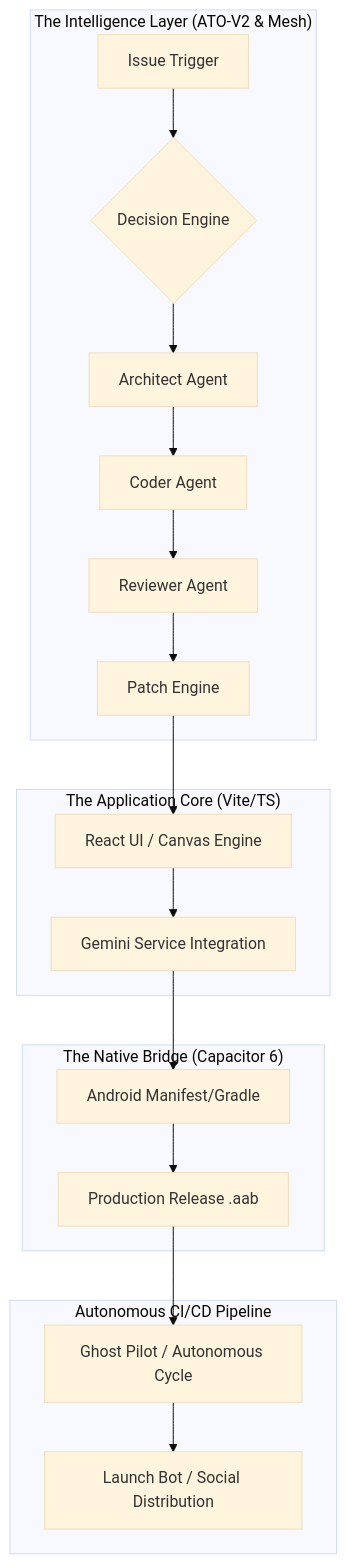
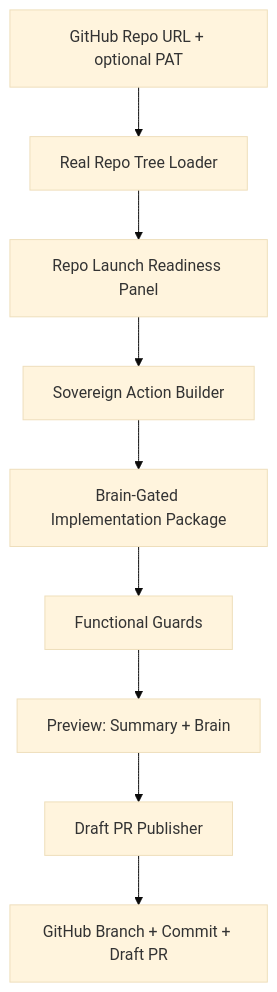
Before and after one commit to OuroborosCollective/Sovereign-Studio-ato: the diagram in README.md, drawn with Mermaid (base theme). The commit also changed other lines of this file, not shown here.

Commit message:
docs: link sovereign reader and current guard flow

````diff
--- a/README.md
+++ b/README.md
@@ -16,25 +24,11 @@
 ```mermaid
 graph TD
-    subgraph "The Intelligence Layer (ATO-V2 & Mesh)"
-        A[Issue Trigger] --> B{Decision Engine}
-        B --> C[Architect Agent]
-        C --> D[Coder Agent]
-        D --> E[Reviewer Agent]
-        E --> F[Patch Engine]
-    end
-
-    subgraph "The Application Core (Vite/TS)"
-        F --> G[React UI / Canvas Engine]
-        G --> H[Gemini Service Integration]
-    end
-
-    subgraph "The Native Bridge (Capacitor 6)"
-        H --> I[Android Manifest/Gradle]
-        I --> J[Production Release .aab]
-    end
-
-    subgraph "Autonomous CI/CD Pipeline"
-        J --> K[Ghost Pilot / Autonomous Cycle]
-        K --> L[Launch Bot / Social Distribution]
-    end
+    A[GitHub Repo URL + optional PAT] --> B[Real Repo Tree Loader]
+    B --> C[Repo Launch Readiness Panel]
+    C --> D[Sovereign Action Builder]
+    D --> E[Brain-Gated Implementation Package]
+    E --> F[Functional Guards]
+    F --> G[Preview: Summary + Brain]
+    G --> H[Draft PR Publisher]
+    H --> I[GitHub Branch + Commit + Draft PR]
 ```
````
